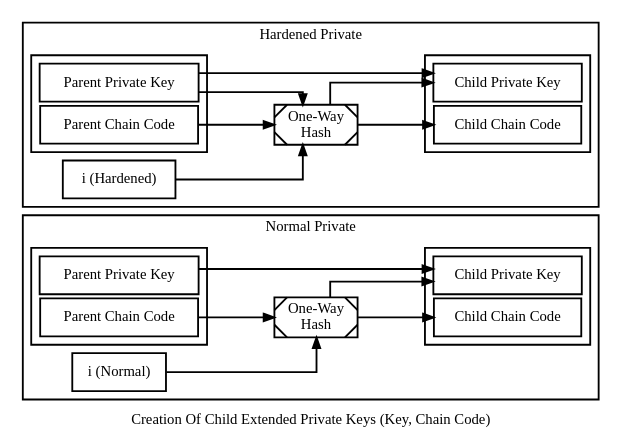
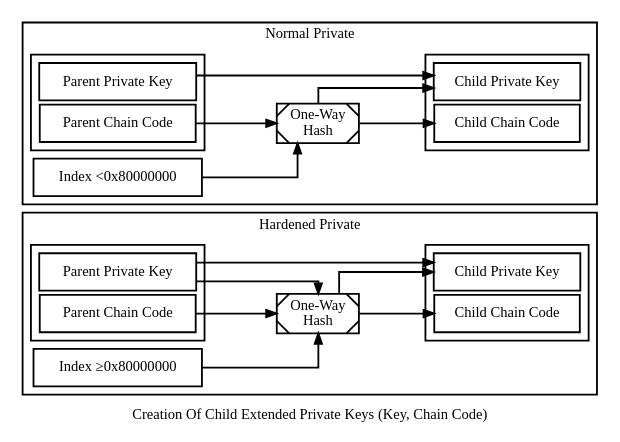
One commit to harding/old-docs-history-bitcoin.org changed the diagram in img/dev/en-hd-private-parent-to-private-child.dot. Above: the diagram before and after it, drawn with Graphviz. The commit also changed 14 other files, not shown here.

```diff
--- a/img/dev/en-hd-private-parent-to-private-child.dot
+++ b/img/dev/en-hd-private-parent-to-private-child.dot
@@ -1,67 +1,67 @@
 digraph extended {
 
 size=6.25;
 rankdir=LR;
 penwidth=1.75;
 node [ penwidth = 1.75, shape = "box" ];
 edge [ penwidth = 1.75 ];
 nodesep=0.05;
 splines = ortho;
 ranksep = 1.0;
+subgraph cluster_hard {
+
+    subgraph cluster_h_parent_extended_key {
+        h_parent_private_key [ label = "Parent Private Key" ];
+        h_parent_chain_code [ label = "Parent Chain Code" ];
+    }
+
+    subgraph cluster_child_extended_key_else {
+        child_private_key_hard [ label = "Child Private Key" ];
+        child_chain_code_hard [ label = "Child Chain Code" ];
+    }
+
+    hmac_hard [ style = "diagonals", label = "One-Way\nHash" ];
+    i_hard [ label = "Index ≥0x80000000" ];
+
+    h_parent_chain_code -> hmac_hard;
+    h_parent_private_key -> hmac_hard;
+
+    i_hard -> hmac_hard;
+
+    hmac_hard -> child_private_key_hard;
+    hmac_hard -> child_chain_code_hard;
+    h_parent_private_key -> child_private_key_hard;
+
+    label = "Hardened Private"
+}
+
 
 subgraph cluster_norm {
     //style = "invis"
     //label = "Creation Of Normal Child Extended Keys (Key + Chain Code)\nFrom Parent Extended Keys"
 
     subgraph cluster_n_parent_extended_key {
         n_parent_private_key [ label = "Parent Private Key" ];
         n_parent_chain_code [ label = "Parent Chain Code" ];
     }
 
     subgraph cluster_child_extended_key_norm {
         child_private_key_norm [ label = "Child Private Key" ];
         child_chain_code_norm [ label = "Child Chain Code" ];
     }
     hmac_norm [ style = "diagonals", label = "One-Way\nHash" ];
-    i_norm [ label = "i (Normal)" ];
+    i_norm [ label = "Index <0x80000000" ];
 
     n_parent_chain_code -> hmac_norm;
     i_norm -> hmac_norm;
     hmac_norm -> child_private_key_norm;
     hmac_norm -> child_chain_code_norm;
     n_parent_private_key -> child_private_key_norm;
 
     label = "Normal Private"
 }
 
-subgraph cluster_hard {
-
-    subgraph cluster_h_parent_extended_key {
-        h_parent_private_key [ label = "Parent Private Key" ];
-        h_parent_chain_code [ label = "Parent Chain Code" ];
-    }
-
-    subgraph cluster_child_extended_key_else {
-        child_private_key_hard [ label = "Child Private Key" ];
-        child_chain_code_hard [ label = "Child Chain Code" ];
-    }
-
-    hmac_hard [ style = "diagonals", label = "One-Way\nHash" ];
-    i_hard [ label = "i (Hardened)" ];
-
-    h_parent_chain_code -> hmac_hard;
-    h_parent_private_key -> hmac_hard;
-
-    i_hard -> hmac_hard;
-
-    hmac_hard -> child_private_key_hard;
-    hmac_hard -> child_chain_code_hard;
-    h_parent_private_key -> child_private_key_hard;
-
-    label = "Hardened Private"
-}
-
 
 label = "Creation Of Child Extended Private Keys (Key, Chain Code)"
 
 }
```
